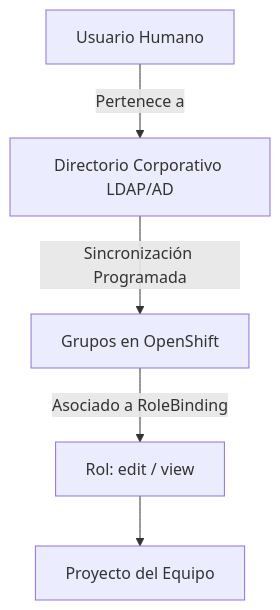
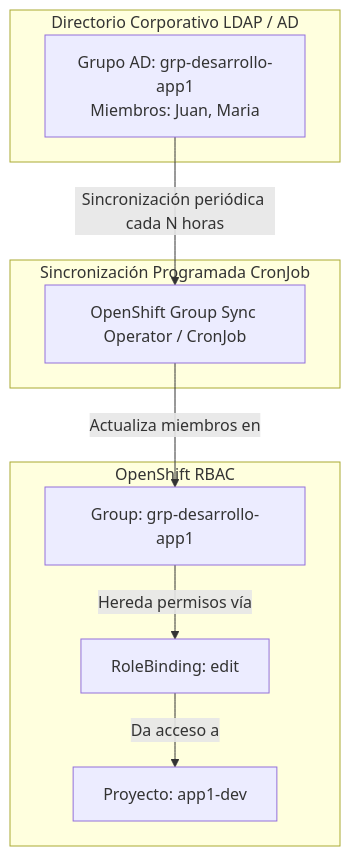
Before and after one commit to ieftraining/curso-openshift: the seventh of 7 diagrams in docs/sesion4/4.1 Proyectos y permisos.md, drawn with Mermaid. The commit also changed other lines of this file, not shown here.

````diff
--- a/docs/sesion4/4.1 Proyectos y permisos.md
+++ b/docs/sesion4/4.1 Proyectos y permisos.md
@@ -124,7 +278,21 @@
 ```mermaid
 flowchart TD
-    AD[Directorio Corporativo LDAP/AD] -->|Sincronización Programada| OSGroup[Grupos en OpenShift]
-    OSGroup -->|Asociado a RoleBinding| Role[Rol: edit / view]
-    Role --> Proj[Proyecto del Equipo]
-    User[Usuario Humano] -->|Pertenece a| AD
+    subgraph Directorio Corporativo LDAP / AD
+        A[Grupo AD: grp-desarrollo-app1<br>Miembros: Juan, Maria]
+    end
+
+    subgraph Sincronización Programada CronJob
+        B[OpenShift Group Sync Operator / CronJob]
+    end
+
+    subgraph OpenShift RBAC
+        C[Group: grp-desarrollo-app1]
+        D[RoleBinding: edit]
+        E[Proyecto: app1-dev]
+    end
+
+    A -->|Sincronización periódica cada N horas| B
+    B -->|Actualiza miembros en| C
+    C -->|Hereda permisos vía| D
+    D -->|Da acceso a| E
 ```
````
